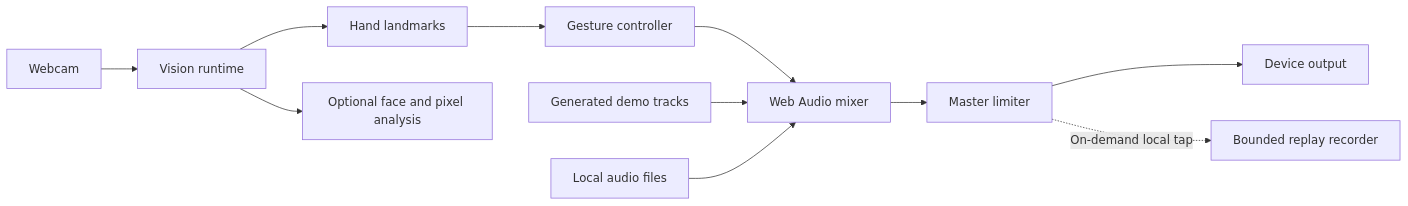
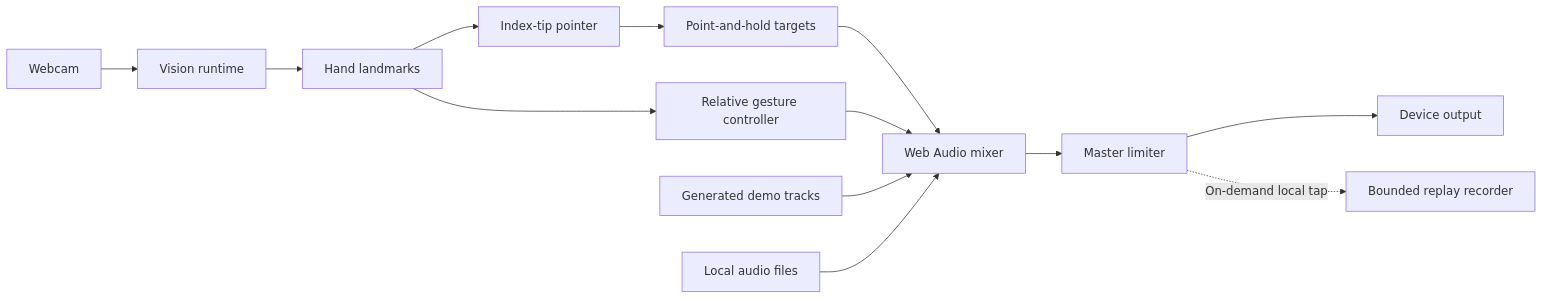
The diagram in docs/ARCHITECTURE.md (kaantaskentt/conductor-vision), drawn with Mermaid before and after one commit. The commit also changed other lines of this file and 29 other files, not shown here.

````diff
--- a/docs/ARCHITECTURE.md
+++ b/docs/ARCHITECTURE.md
@@ -7,13 +7,15 @@
 ```mermaid
 flowchart LR
   Camera[Webcam] --> Runtime[Vision runtime]
   Runtime --> Hand[Hand landmarks]
-  Runtime --> Face[Optional face and pixel analysis]
-  Hand --> Gesture[Gesture controller]
+  Hand --> Pointer[Index-tip pointer]
+  Pointer --> Targets[Point-and-hold targets]
+  Hand --> Gesture[Relative gesture controller]
+  Targets --> Mixer
   Gesture --> Mixer[Web Audio mixer]
   Demo[Generated demo tracks] --> Mixer
   Files[Local audio files] --> Mixer
   Mixer --> Master[Master limiter]
   Master --> Output[Device output]
   Master -. On-demand local tap .-> Replay[Bounded replay recorder]
 ```
````
